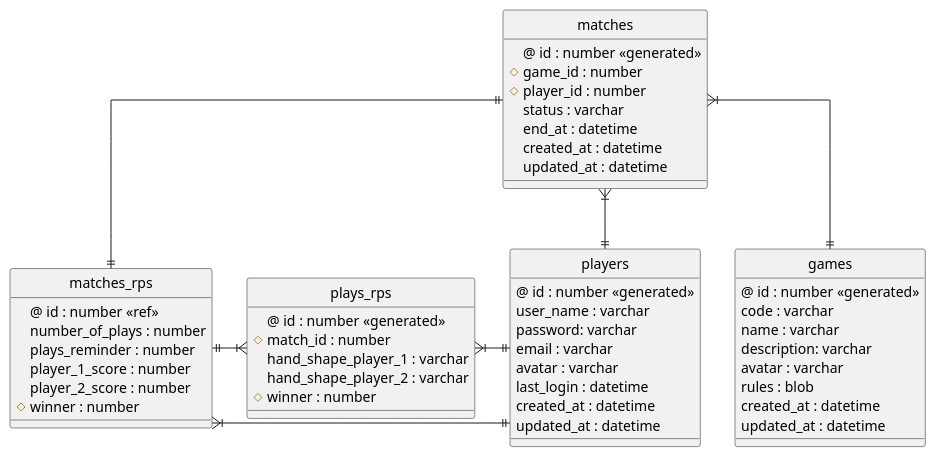
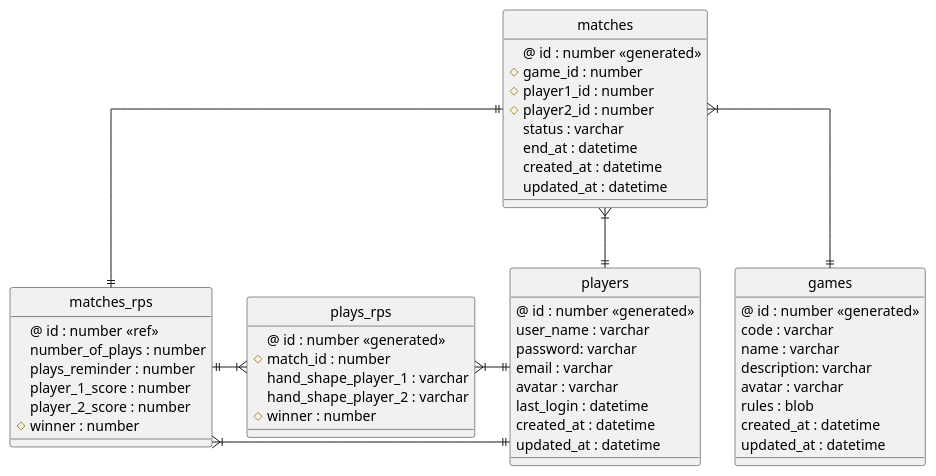
One commit to LeoLuiten/presentation changed the diagram in docs/diagrams/model/der.puml. Above: the diagram before and after it, drawn with PlantUML. The commit also changed 17 other files, not shown here.

```diff
--- a/docs/diagrams/model/der.puml
+++ b/docs/diagrams/model/der.puml
@@ -1,65 +1,66 @@
 @startuml
 
 ' hide the spot
 hide circle
 
 ' avoid problems with angled crows feet
 skinparam linetype ortho
 
 entity "players" {
     @ id : number <<generated>>
     user_name : varchar
     password: varchar
     email : varchar
     avatar : varchar
     last_login : datetime
     created_at : datetime
     updated_at : datetime
 }
 
 entity "games" {
     @ id : number <<generated>>
     code : varchar
     name : varchar
     description: varchar
     avatar : varchar
     rules : blob
     created_at : datetime
     updated_at : datetime
 }
 
 entity "matches" {
     @ id : number <<generated>>
     # game_id : number
-    # player_id : number
+    # player1_id : number
+    # player2_id : number
     status : varchar
     end_at : datetime
     created_at : datetime
     updated_at : datetime
 }
 
 entity "matches_rps" {
     @ id : number <<ref>>
     number_of_plays : number
     plays_reminder : number
     player_1_score : number
     player_2_score : number
     # winner : number
 }
 
 entity "plays_rps" {
     @ id : number <<generated>>
     # match_id : number
     hand_shape_player_1 : varchar
     hand_shape_player_2 : varchar
     # winner : number
 }
 
 matches }|--|| players
 matches }|--|| games
 matches ||-|| matches_rps
 matches_rps ||-|{ plays_rps
 matches_rps }|-|| players
 plays_rps }|-|| players
 
 @enduml
```
